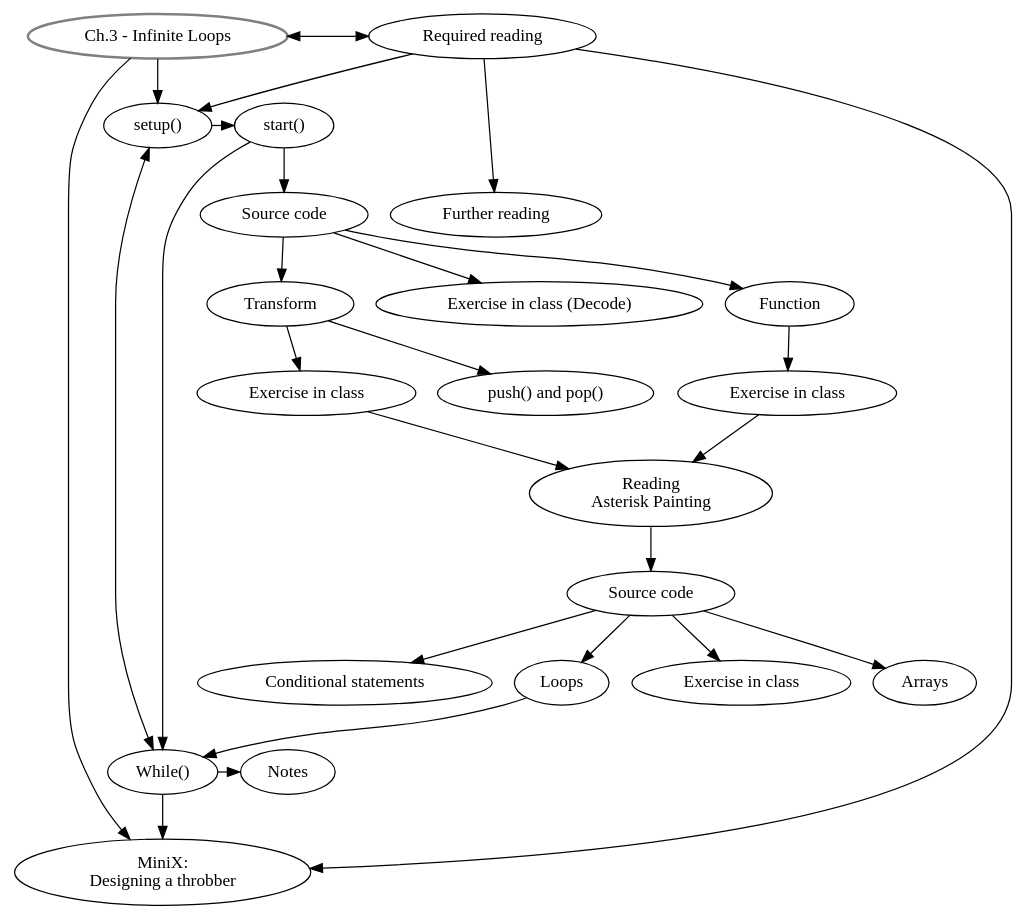
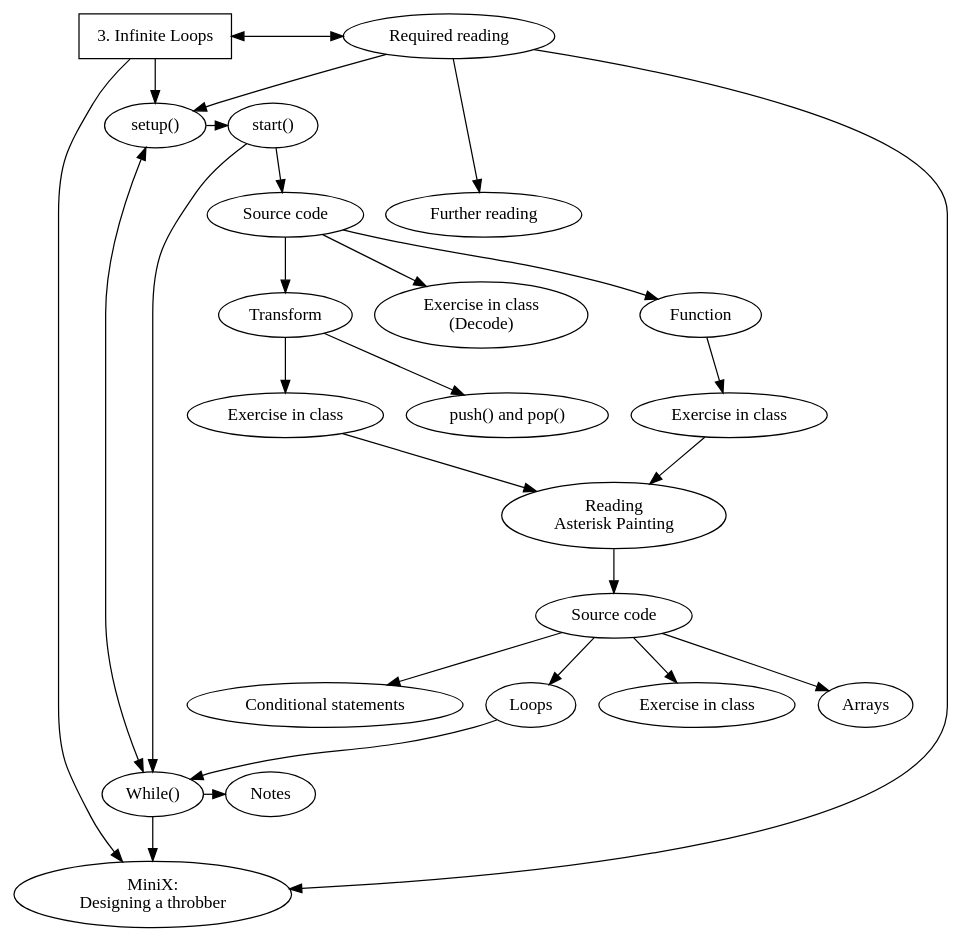
Before and after one commit to danbz/aesthetic-programming: the diagram in graphviz/AP_ch3.dot, drawn with Graphviz. The commit also changed 35 other files, not shown here.

Commit message:
graphviz

```diff
--- a/graphviz/AP_ch3.dot
+++ b/graphviz/AP_ch3.dot
@@ -1,52 +1,56 @@
 digraph G {
+
+node[fontname="Hershey-Noailles-help-me"]
+
 //labels
 GS [
-label="Ch.3 - Infinite Loops",
+label="3. Infinite Loops",
 style=bold,
-color=grey,
+shape=rectangle,
+penwidth="1pt"
 ]
 
 SU [label="setup()"]
 ST [label="start()"]
-DE [label="Exercise in class (Decode)"]
+DE [label="Exercise in class\n(Decode)"]
 SC [label="Source code"]
 FN [label="Function"]
 EiC [label="Exercise in class"]
 TR [label="Transform"]
 PP [label="push() and pop()"]
 EiC2 [label="Exercise in class"]
 AP [label="Reading \nAsterisk Painting"]
 SC2 [label="Source code"]
 EiC3 [label="Exercise in class"]
 AR [label="Arrays"]
 CS [label="Conditional statements"]
 LO [label="Loops"]
 MW [label="While()"]
 MX [label="MiniX: \nDesigning a throbber"]
 RR [label="Required reading"]
 FR [label="Further reading"]
 Notes [label="Notes"]
 
 //rank
 {rank = same; SU, ST}
 {rank = same; RR, GS}
 {rank = same; MW, Notes}
 {rank = same; FR, SC}
 
 //graph
 GS -> SU -> ST -> SC -> DE;
 GS -> RR[dir=both, minlen=3];
 SU -> MW [dir=both];
 GS -> MX;
 RR -> MX, SU;
 SC -> FN -> EiC;
 TR->PP;
 SC -> TR -> EiC2;
 EiC, EiC2 -> AP -> SC2 -> EiC3
 SC2 -> AR;
 SC2 -> CS;
 SC2 -> LO;
 ST, LO -> MW -> Notes;
 MW -> MX;
 RR -> FR;
 }
```
